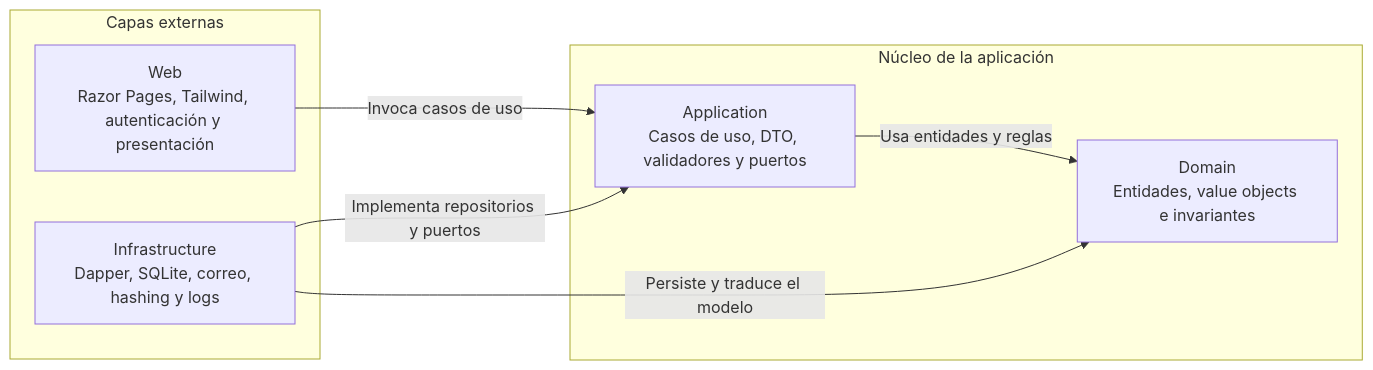
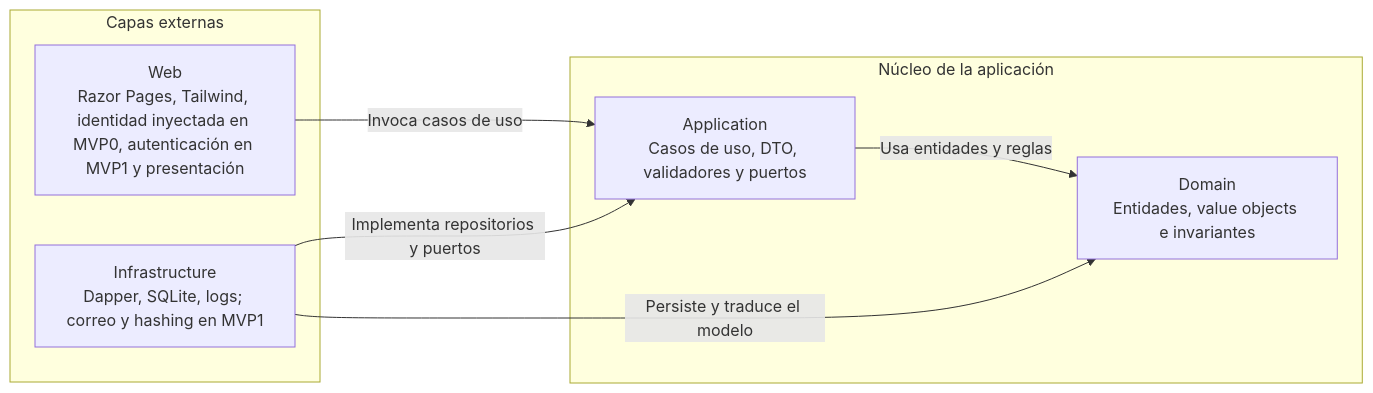
One commit to DaveSoftDev/Linkubator changed the diagram in context/diagrams/architecture-layers.md. Above: the diagram before and after it, drawn with Mermaid. The commit also changed other lines of this file and 22 other files, not shown here.

````diff
--- a/context/diagrams/architecture-layers.md
+++ b/context/diagrams/architecture-layers.md
@@ -5,17 +5,17 @@
 ```mermaid
 flowchart LR
     subgraph outer[Capas externas]
-        Web["Web<br/>Razor Pages, Tailwind, autenticación y presentación"]
-        Infrastructure["Infrastructure<br/>Dapper, SQLite, correo, hashing y logs"]
+        Web["Web<br/>Razor Pages, Tailwind, identidad inyectada en MVP0, autenticación en MVP1 y presentación"]
+        Infrastructure["Infrastructure<br/>Dapper, SQLite, logs; correo y hashing en MVP1"]
     end
 
     subgraph core[Núcleo de la aplicación]
         Application["Application<br/>Casos de uso, DTO, validadores y puertos"]
         Domain["Domain<br/>Entidades, value objects e invariantes"]
     end
 
     Web -->|Invoca casos de uso| Application
     Application -->|Usa entidades y reglas| Domain
     Infrastructure -->|Implementa repositorios y puertos| Application
     Infrastructure -->|Persiste y traduce el modelo| Domain
 ```
````
